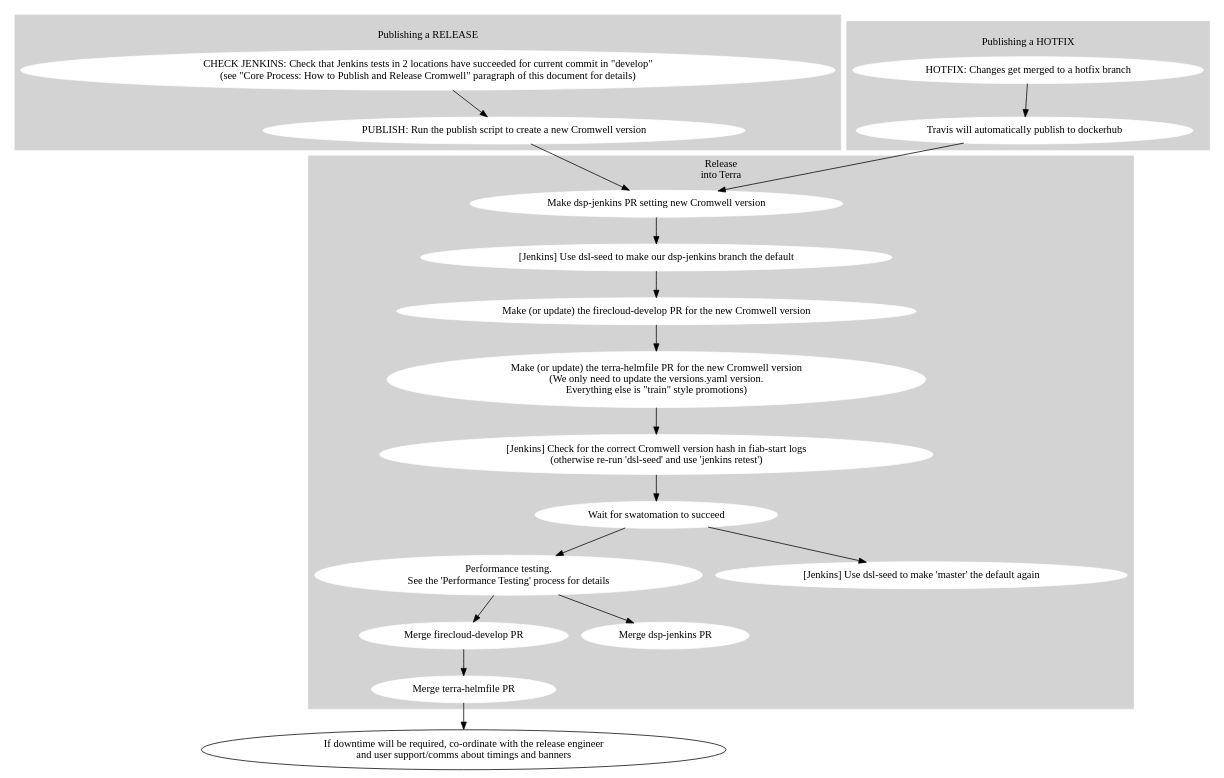
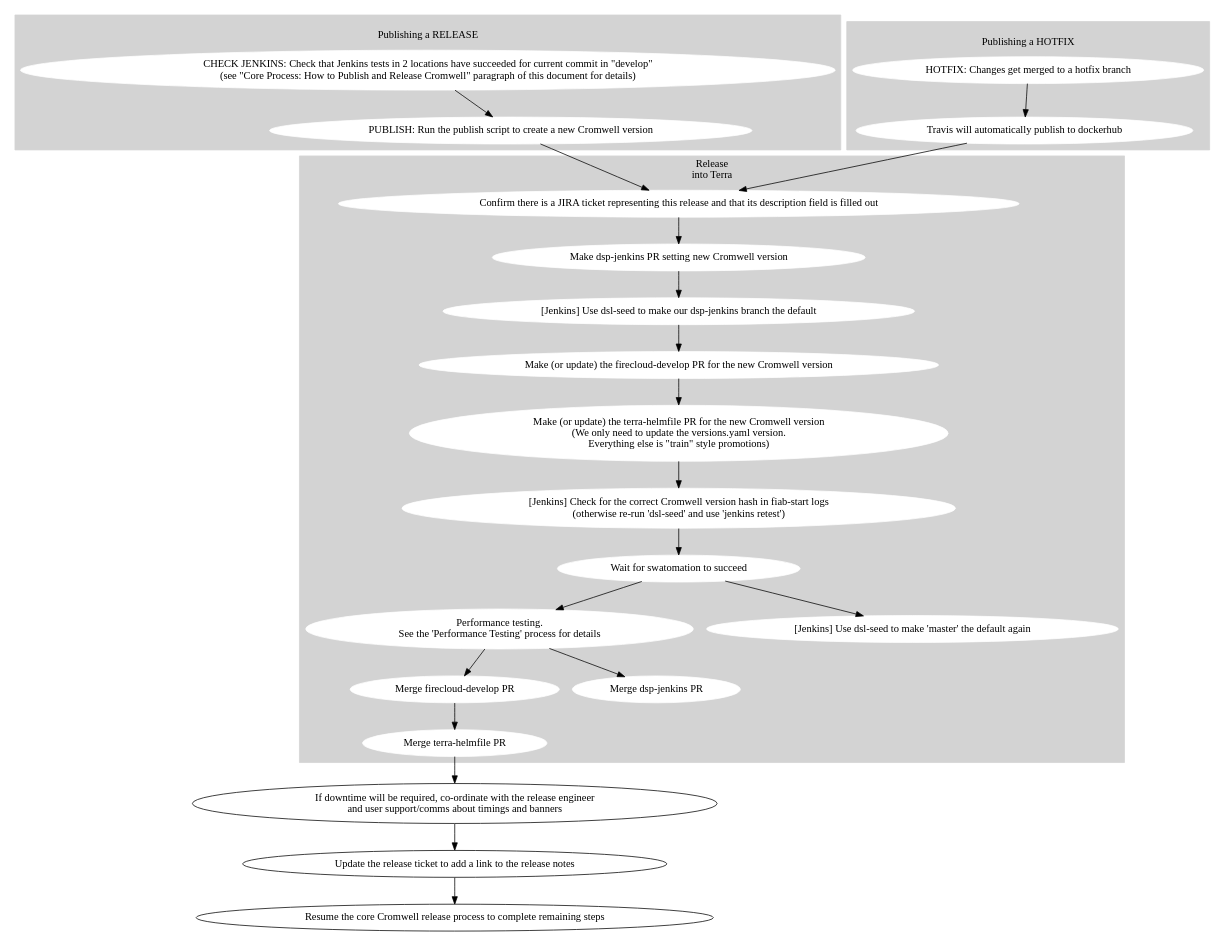
Before and after one commit to broadinstitute/cromwell: the diagram in processes/release_processes/firecloud-develop.dot, drawn with Graphviz. The commit also changed 3 other files, not shown here.

Commit message:
Update release process documentation [BT-91]

```diff
--- a/processes/release_processes/firecloud-develop.dot
+++ b/processes/release_processes/firecloud-develop.dot
@@ -1,76 +1,83 @@
 digraph {
 
   # Nodes
 
   subgraph cluster_0 {
     label="\lPublishing a RELEASE"
     style=filled
     node [style=filled,color=white];
     color="lightgrey"
 
     check_jenkins_tests [shape=oval label="CHECK JENKINS: Check that Jenkins tests in 2 locations have succeeded for current commit in \"develop\"\n(see \"Core Process: How to Publish and Release Cromwell\" paragraph of this document for details)"];
     release_cromwell [shape=oval label="PUBLISH: Run the publish script to create a new Cromwell version"];
   }
 
   subgraph cluster_1 {
     label="\lPublishing a HOTFIX"
     style=filled
     node [style=filled,color=white];
     color="lightgrey"
 
     hotfix_changes [shape=oval label="HOTFIX: Changes get merged to a hotfix branch"];
     publish_hotfix [shape=oval label="Travis will automatically publish to dockerhub"];
   }
 
   subgraph cluster_2 {
     label="Release\ninto Terra"
     style=filled
     node [style=filled,color=white];
     color="lightgrey"
-
+    confirm_ticket [shape="oval" label="Confirm there is a JIRA ticket representing this release and that its description field is filled out"]
     fcdev_pr [shape=oval label="Make (or update) the firecloud-develop PR for the new Cromwell version"];
     # For an example PR see https://github.com/broadinstitute/terra-helmfile/pull/550#pullrequestreview-527531319
     helmfile_pr [shape=oval label="Make (or update) the terra-helmfile PR for the new Cromwell version\n(We only need to update the versions.yaml version.\nEverything else is \"train\" style promotions)"];
     confirm_cromwell_v [shape=oval label="[Jenkins] Check for the correct Cromwell version hash in fiab-start logs\n(otherwise re-run 'dsl-seed' and use 'jenkins retest')"];
     confirm_cromwell_v [shape=oval label="[Jenkins] Check for the correct Cromwell version hash in fiab-start logs\n(otherwise re-run 'dsl-seed' and use 'jenkins retest')"];
     fcdev_success [shape=oval label="Wait for swatomation to succeed"];
 
     fcdev_merge [shape=oval label="Merge firecloud-develop PR"];
     helmfile_merge [shape=oval label="Merge terra-helmfile PR"];
 
     dspjenkins_PR [shape=oval label="Make dsp-jenkins PR setting new Cromwell version"];
     dspjenkins_merge [shape=oval label="Merge dsp-jenkins PR"];
 
     qa_perf [shape=oval label="Performance testing.\nSee the 'Performance Testing' process for details"];
 
     jenkins_set [shape=oval label="[Jenkins] Use dsl-seed to make our dsp-jenkins branch the default"];
     jenkins_reset [shape=oval label="[Jenkins] Use dsl-seed to make 'master' the default again"];
   }
 
   coordinate_release_timing [shape=oval label="If downtime will be required, co-ordinate with the release engineer\nand user support/comms about timings and banners"];
 
+  update_release_ticket [shape=oval label="Update the release ticket to add a link to the release notes"];
+
+  resume_core_release_process [shape=oval label="Resume the core Cromwell release process to complete remaining steps"];
+
   # Edges
   check_jenkins_tests -> release_cromwell
 
   hotfix_changes -> publish_hotfix
-  publish_hotfix -> dspjenkins_PR
+  publish_hotfix -> confirm_ticket
 
-  release_cromwell -> dspjenkins_PR
+  release_cromwell -> confirm_ticket
 
   fcdev_pr -> helmfile_pr
   helmfile_pr -> confirm_cromwell_v
 
+  confirm_ticket -> dspjenkins_PR
   dspjenkins_PR -> jenkins_set
 
   jenkins_set -> fcdev_pr
   confirm_cromwell_v -> fcdev_success
 
   fcdev_success -> jenkins_reset
   fcdev_success -> qa_perf
 
   qa_perf -> dspjenkins_merge
   qa_perf -> fcdev_merge
 
   fcdev_merge -> helmfile_merge
   helmfile_merge -> coordinate_release_timing
+  coordinate_release_timing -> update_release_ticket
+  update_release_ticket -> resume_core_release_process
 }
```
